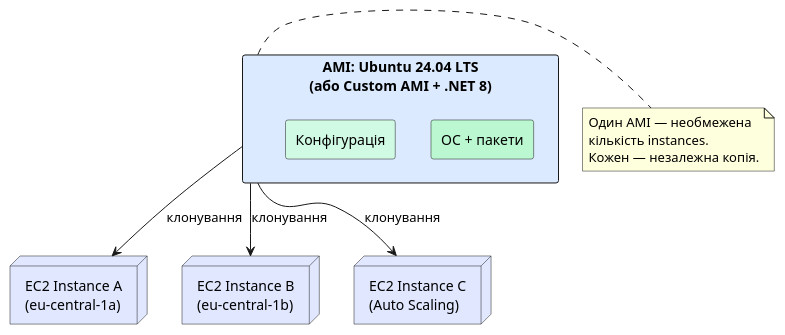
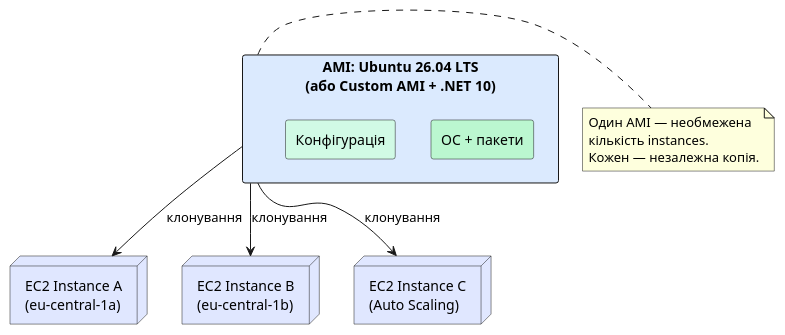
Before and after one commit to UTUBMIR/kostyl.dev: the third of 13 diagrams in content/13.aws/04.ec2.md, drawn with PlantUML. The commit also changed other lines of this file, not shown here.

Commit message:
docs: update EC2 guide for .NET 10 and Ubuntu 26.04 compatibility

````diff
--- a/content/13.aws/04.ec2.md
+++ b/content/13.aws/04.ec2.md
@@ -213,25 +213,25 @@
 ```plantuml
 @startuml
 skinparam style plain
 skinparam backgroundColor #ffffff
 
-rectangle "AMI: Ubuntu 24.04 LTS\n(або Custom AMI + .NET 8)" as AMI #dbeafe {
+rectangle "AMI: Ubuntu 26.04 LTS\n(або Custom AMI + .NET 10)" as AMI #dbeafe {
     rectangle "ОС + пакети" as OS #bbf7d0
     rectangle "Конфігурація" as CFG #d1fae5
 }
 
 node "EC2 Instance A\n(eu-central-1a)" as I1 #e0e7ff
 node "EC2 Instance B\n(eu-central-1b)" as I2 #e0e7ff
 node "EC2 Instance C\n(Auto Scaling)" as I3 #e0e7ff
 
 AMI -down-> I1 : клонування
 AMI -down-> I2 : клонування
 AMI -down-> I3 : клонування
 
 note right of AMI
   Один AMI — необмежена
   кількість instances.
   Кожен — незалежна копія.
 end note
 @enduml
 ```
````
